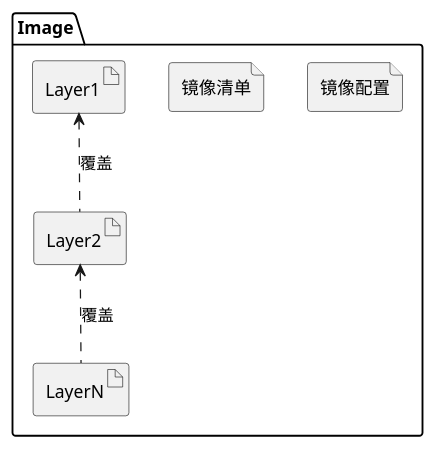
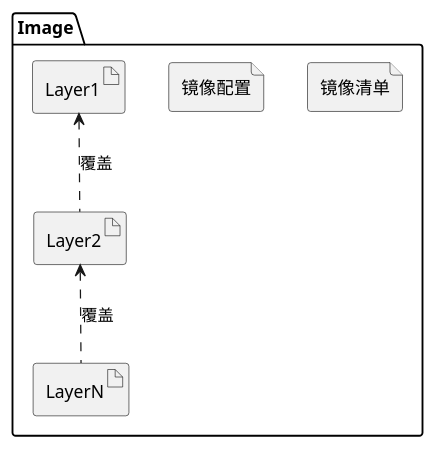
The first of 2 diagrams in src/_posts/container/2021-07-17-How To Run Container- 浅谈从镜像创建容器的实现细节.md (shabbywu/blog), drawn with PlantUML before and after one commit. The commit also changed other lines of this file and 1 other file, not shown here.

Commit message:
翻译1篇博客

````diff
--- a/src/_posts/container/2021-07-17-How To Run Container- 浅谈从镜像创建容器的实现细节.md
+++ b/src/_posts/container/2021-07-17-How To Run Container- 浅谈从镜像创建容器的实现细节.md
@@ -37,26 +37,16 @@
 ```plantuml
 @startuml
 package Image{
-    file 镜像清单 {
-        
-    }
-
+    file 镜像清单
     file 镜像配置
     
-    artifact Layer1 {
-    }
-    
-    artifact Layer2 {
-        
-    }
-
-    artifact LayerN {
-        
-    }
+    artifact Layer1 
+    artifact Layer2 
+    artifact LayerN 
 
     Layer1 <.. Layer2: 覆盖
 
     Layer2 <.. LayerN: 覆盖
 }
 @enduml
 ```
````
